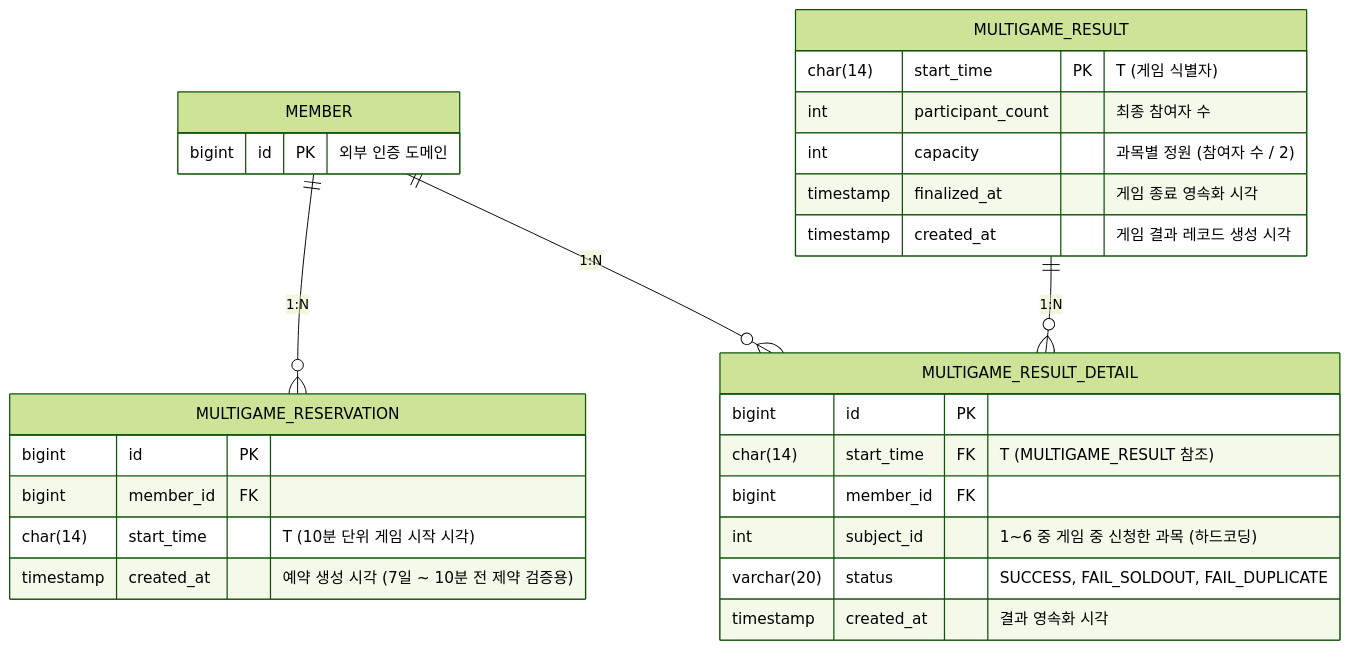
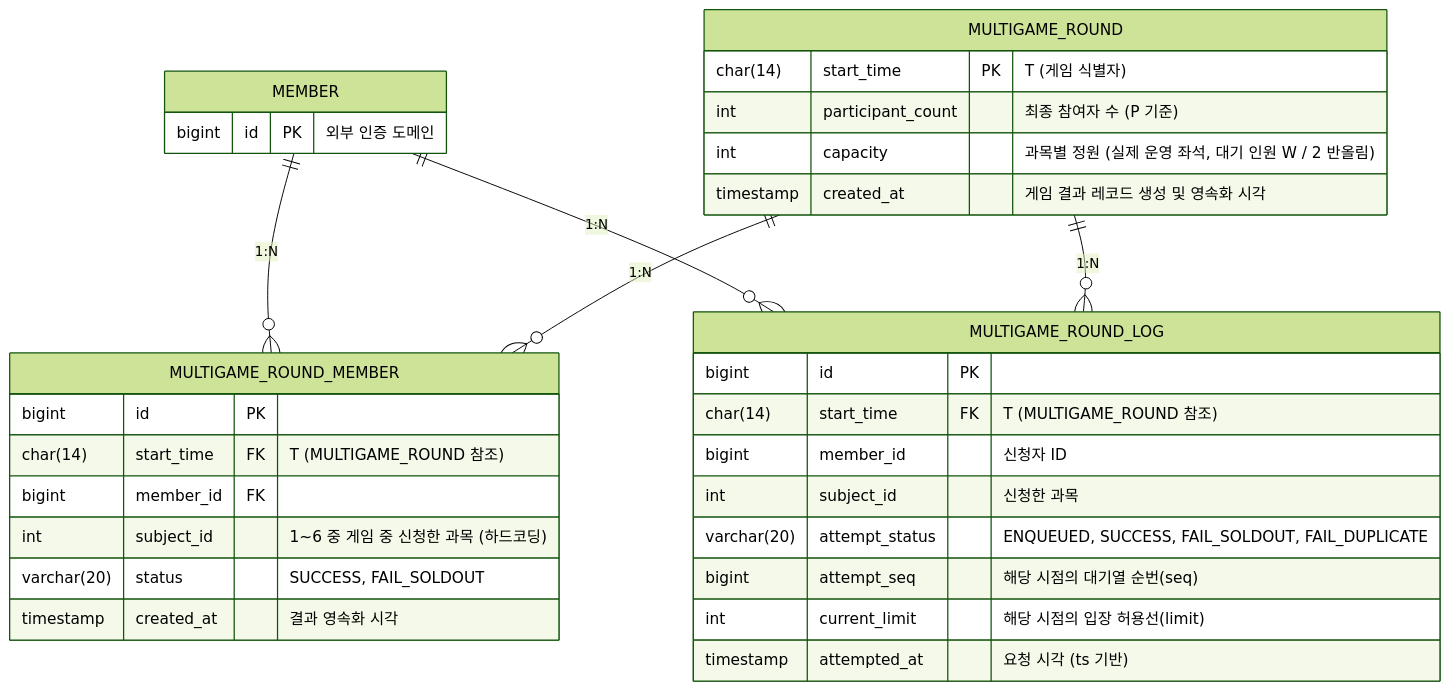
Before and after one commit to mju-sugangsincheong-helper2/mju-sugangsincheong-helper-backend: the diagram in docs/multigame.md, drawn with Mermaid (forest theme). The commit also changed other lines of this file and 113 other files, not shown here.

````diff
--- a/docs/multigame.md
+++ b/docs/multigame.md
@@ -26,34 +18,38 @@
 ```mermaid
 erDiagram
-    MEMBER ||--o{ MULTIGAME_RESERVATION : "1:N"
-    MEMBER ||--o{ MULTIGAME_RESULT_DETAIL : "1:N"
-    MULTIGAME_RESULT ||--o{ MULTIGAME_RESULT_DETAIL : "1:N"
+    MEMBER ||--o{ MULTIGAME_ROUND_MEMBER : "1:N"
+    MEMBER ||--o{ MULTIGAME_ROUND_LOG : "1:N"
+    MULTIGAME_ROUND ||--o{ MULTIGAME_ROUND_MEMBER : "1:N"
+    MULTIGAME_ROUND ||--o{ MULTIGAME_ROUND_LOG : "1:N"
 
     MEMBER {
         bigint id PK "외부 인증 도메인"
     }
 
-    MULTIGAME_RESERVATION {
-        bigint id PK
-        bigint member_id FK
-        char(14) start_time "T (10분 단위 게임 시작 시각)"
-        timestamp created_at "예약 생성 시각 (7일 ~ 10분 전 제약 검증용)"
+    MULTIGAME_ROUND {
+        char(14) start_time PK "T (게임 식별자)"
+        int participant_count "최종 참여자 수 (P 기준)"
+        int capacity "과목별 정원 (실제 운영 좌석, 대기 인원 W / 2 반올림)"
+        timestamp created_at "게임 결과 레코드 생성 및 영속화 시각"
     }
 
-    MULTIGAME_RESULT {
-        char(14) start_time PK "T (게임 식별자)"
-        int participant_count "최종 참여자 수"
-        int capacity "과목별 정원 (참여자 수 / 2)"
-        timestamp finalized_at "게임 종료 영속화 시각"
-        timestamp created_at "게임 결과 레코드 생성 시각"
+    MULTIGAME_ROUND_MEMBER {
+        bigint id PK
+        char(14) start_time FK "T (MULTIGAME_ROUND 참조)"
+        bigint member_id FK
+        int subject_id "1~6 중 게임 중 신청한 과목 (하드코딩)"
+        varchar(20) status "SUCCESS, FAIL_SOLDOUT"
+        timestamp created_at "결과 영속화 시각"
     }
 
-    MULTIGAME_RESULT_DETAIL {
+    MULTIGAME_ROUND_LOG {
         bigint id PK
-        char(14) start_time FK "T (MULTIGAME_RESULT 참조)"
-        bigint member_id FK
-        int subject_id "1~6 중 게임 중 신청한 과목 (하드코딩)"
-        varchar(20) status "SUCCESS, FAIL_SOLDOUT, FAIL_DUPLICATE"
-        timestamp created_at "결과 영속화 시각"
+        char(14) start_time FK "T (MULTIGAME_ROUND 참조)"
+        bigint member_id "신청자 ID"
+        int subject_id "신청한 과목"
+        varchar(20) attempt_status "ENQUEUED, SUCCESS, FAIL_SOLDOUT, FAIL_DUPLICATE"
+        bigint attempt_seq "해당 시점의 대기열 순번(seq)"
+        int current_limit "해당 시점의 입장 허용선(limit)"
+        timestamp attempted_at "요청 시각 (ts 기반)"
     }
 ```
````
